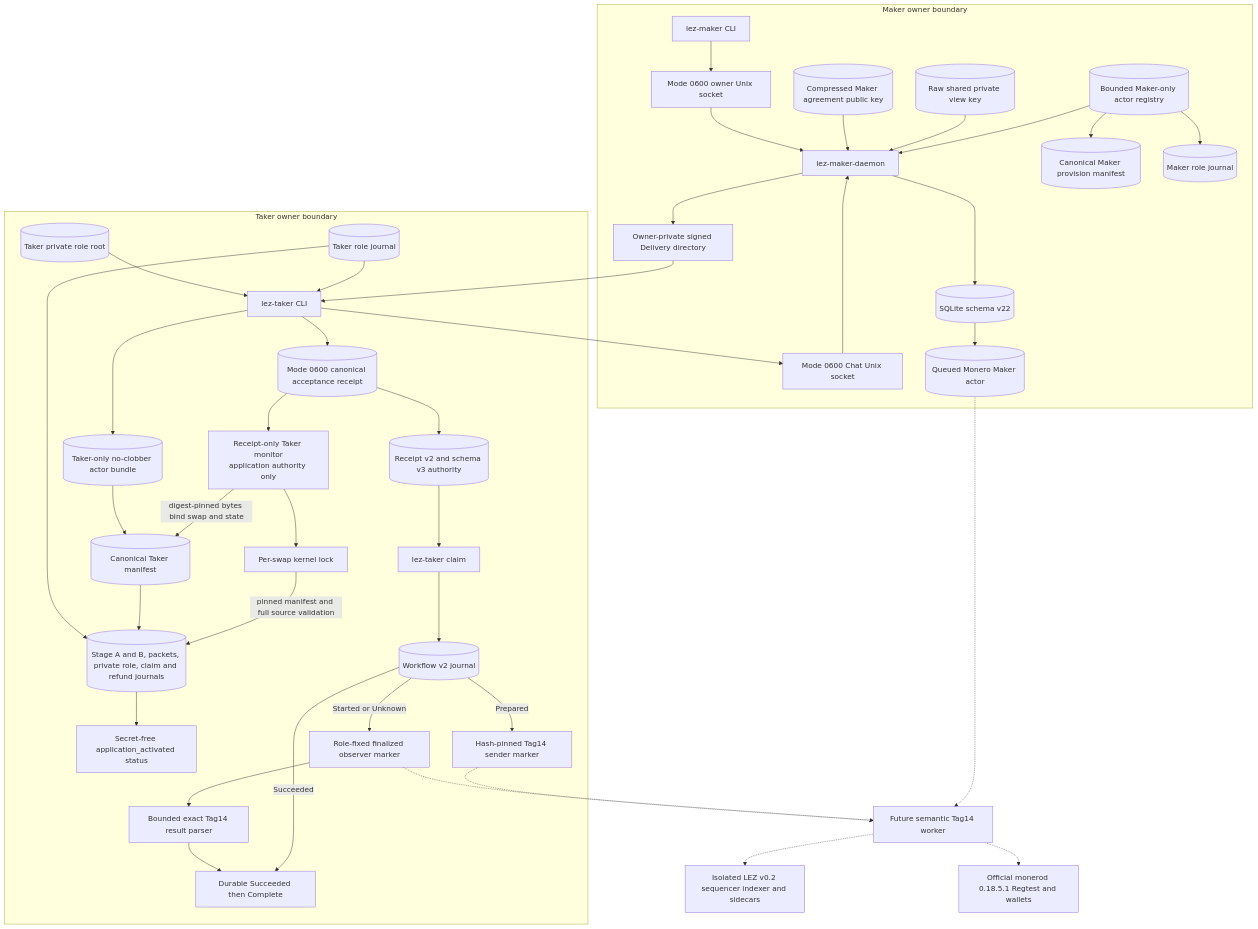
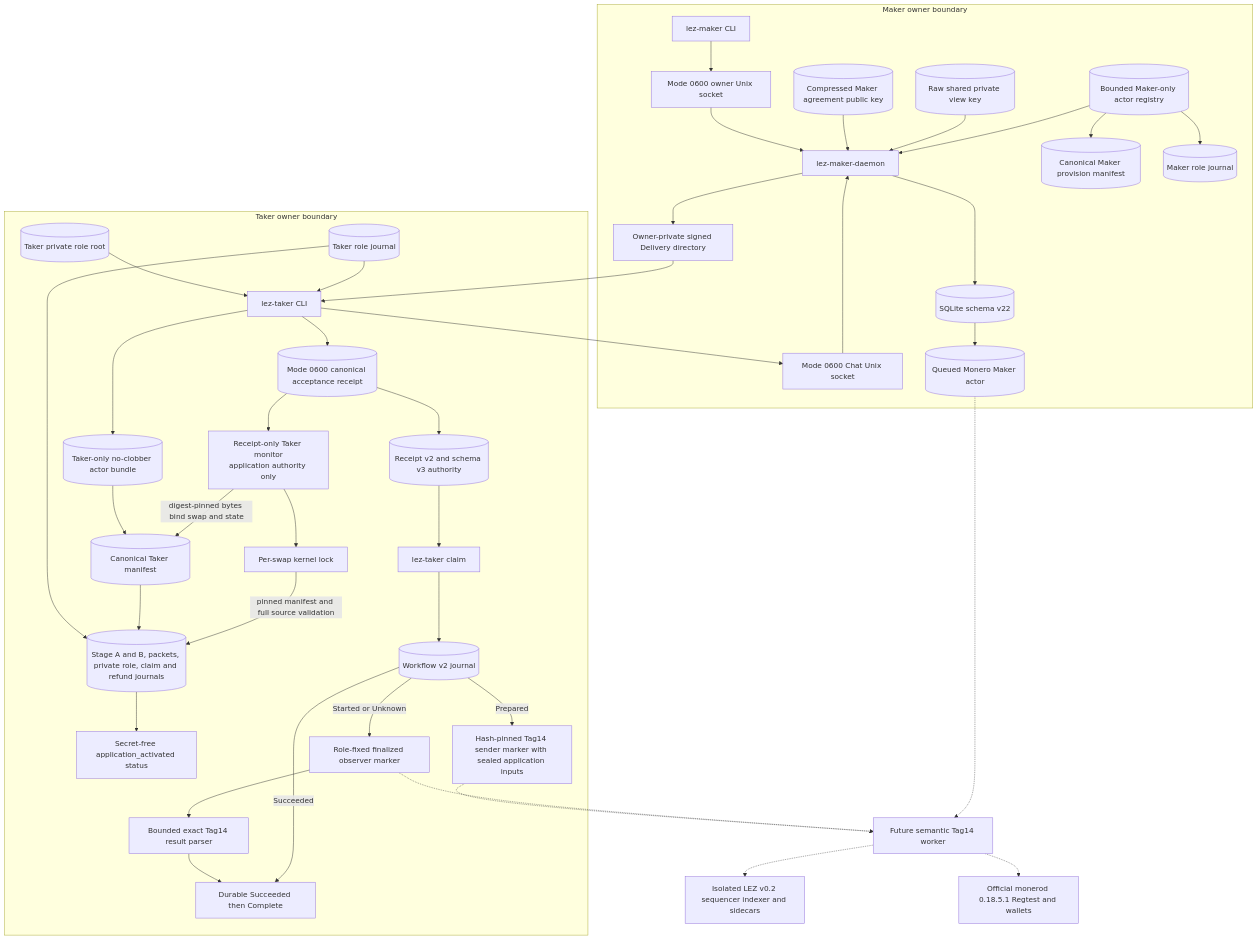
The ninth of 24 diagrams in docs/architecture/deployment-components-and-rpcs.md (gateway-fm/lez-atomic-swaps), drawn with Mermaid before and after one commit. The commit also changed other lines of this file and 11 other files, not shown here.

Commit message:
feat(m7): seal XMR application effect inputs

````diff
--- a/docs/architecture/deployment-components-and-rpcs.md
+++ b/docs/architecture/deployment-components-and-rpcs.md
@@ -939,76 +947,76 @@
 ```mermaid
 flowchart TB
     subgraph MakerBoundary["Maker owner boundary"]
         MakerCli["lez-maker CLI"]
         OwnerSocket["Mode 0600 owner Unix socket"]
         Daemon["lez-maker-daemon"]
         ChatSocket["Mode 0600 Chat Unix socket"]
         Store[("SQLite schema v22")]
         Delivery["Owner-private signed Delivery directory"]
         AgreementKey[("Compressed Maker agreement public key")]
         ViewKey[("Raw shared private view key")]
         Registry[("Bounded Maker-only actor registry")]
         MakerManifest[("Canonical Maker provision manifest")]
         MakerJournal[("Maker role journal")]
         MakerActor[("Queued Monero Maker actor")]
     end
 
     subgraph TakerBoundary["Taker owner boundary"]
         TakerCli["lez-taker CLI"]
         TakerRoot[("Taker private role root")]
         TakerJournal[("Taker role journal")]
         TakerActor[("Taker-only no-clobber actor bundle")]
         Receipt[("Mode 0600 canonical acceptance receipt")]
         TakerManifest[("Canonical Taker manifest")]
         TakerAuthority[("Stage A and B, packets, private role, claim and refund journals")]
         MonitorLock["Per-swap kernel lock"]
         Monitor["Receipt-only Taker monitor<br/>application authority only"]
         MonitorStatus["Secret-free application_activated status"]
         EffectReceipt[("Receipt v2 and schema v3 authority")]
         Claim["lez-taker claim"]
         Workflow[("Workflow v2 journal")]
-        Marker["Hash-pinned Tag14 sender marker"]
+        Marker["Hash-pinned Tag14 sender marker with sealed application inputs"]
         Observer["Role-fixed finalized observer marker"]
         Parser["Bounded exact Tag14 result parser"]
         Reconciled["Durable Succeeded then Complete"]
     end
 
     MakerCli --> OwnerSocket
     OwnerSocket --> Daemon
     Daemon --> Store
     Daemon --> Delivery
     Delivery --> TakerCli
     TakerCli --> ChatSocket
     ChatSocket --> Daemon
     AgreementKey --> Daemon
     ViewKey --> Daemon
     Registry --> Daemon
     Registry --> MakerManifest
     Registry --> MakerJournal
     Store --> MakerActor
     TakerRoot --> TakerCli
     TakerJournal --> TakerCli
     TakerCli --> TakerActor
     TakerCli --> Receipt
     TakerActor --> TakerManifest
     TakerJournal --> TakerAuthority
     Receipt --> Monitor
     Monitor -->|"digest-pinned bytes bind swap and state"| TakerManifest
     Monitor --> MonitorLock
     TakerManifest --> TakerAuthority
     MonitorLock -->|"pinned manifest and full source validation"| TakerAuthority
     TakerAuthority --> MonitorStatus
     Receipt --> EffectReceipt
     EffectReceipt --> Claim
     Claim --> Workflow
     Workflow -->|"Prepared"| Marker
     Workflow -->|"Started or Unknown"| Observer
     Observer --> Parser
     Parser --> Reconciled
     Workflow -->|"Succeeded"| Reconciled
     Marker -.-> SemanticSupervisor
     Observer -.-> SemanticSupervisor["Future semantic Tag14 worker"]
     MakerActor -.-> SemanticSupervisor
     SemanticSupervisor -.-> LezNodes["Isolated LEZ v0.2 sequencer indexer and sidecars"]
     SemanticSupervisor -.-> MoneroNodes["Official monerod 0.18.5.1 Regtest and wallets"]
 ```
````
